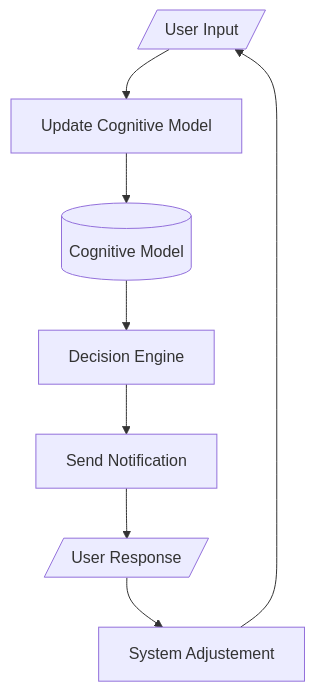
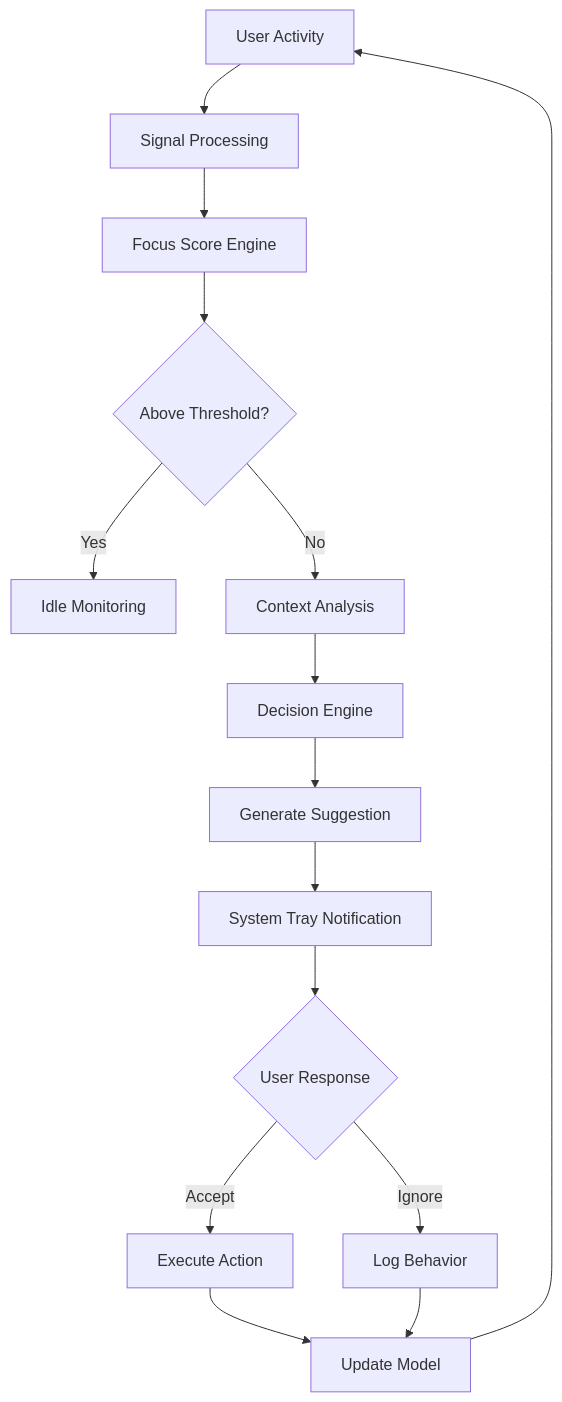
One commit to zach-richards/human-os changed the diagram in README.md. Above: the diagram before and after it, drawn with Mermaid. The commit also changed other lines of this file and 8 other files, not shown here.

````diff
--- a/README.md
+++ b/README.md
@@ -27,11 +17,21 @@
 ```mermaid
-    flowchart TD
-        A[/User Input/] -->
-        B[Update Cognitive Model] -->
-        C[(Cognitive Model)] -->
-        D[Decision Engine] -->
-        E[Send Notification] -->
-        F[/User Response/] -->
-        G[System Adjustement] -->
-        A
+flowchart TD
+    A[User Activity] --> B[Signal Processing]
+    B --> C[Focus Score Engine]
+    C --> D{Above Threshold?}
+    
+    D -->|Yes| E[Idle Monitoring]
+    D -->|No| F[Context Analysis]
+    
+    F --> G[Decision Engine]
+    G --> H[Generate Suggestion]
+    H --> I[System Tray Notification]
+    
+    I --> J{User Response}
+    J -->|Accept| K[Execute Action]
+    J -->|Ignore| L[Log Behavior]
+    
+    K --> M[Update Model]
+    L --> M
+    M --> A
 ```
````
